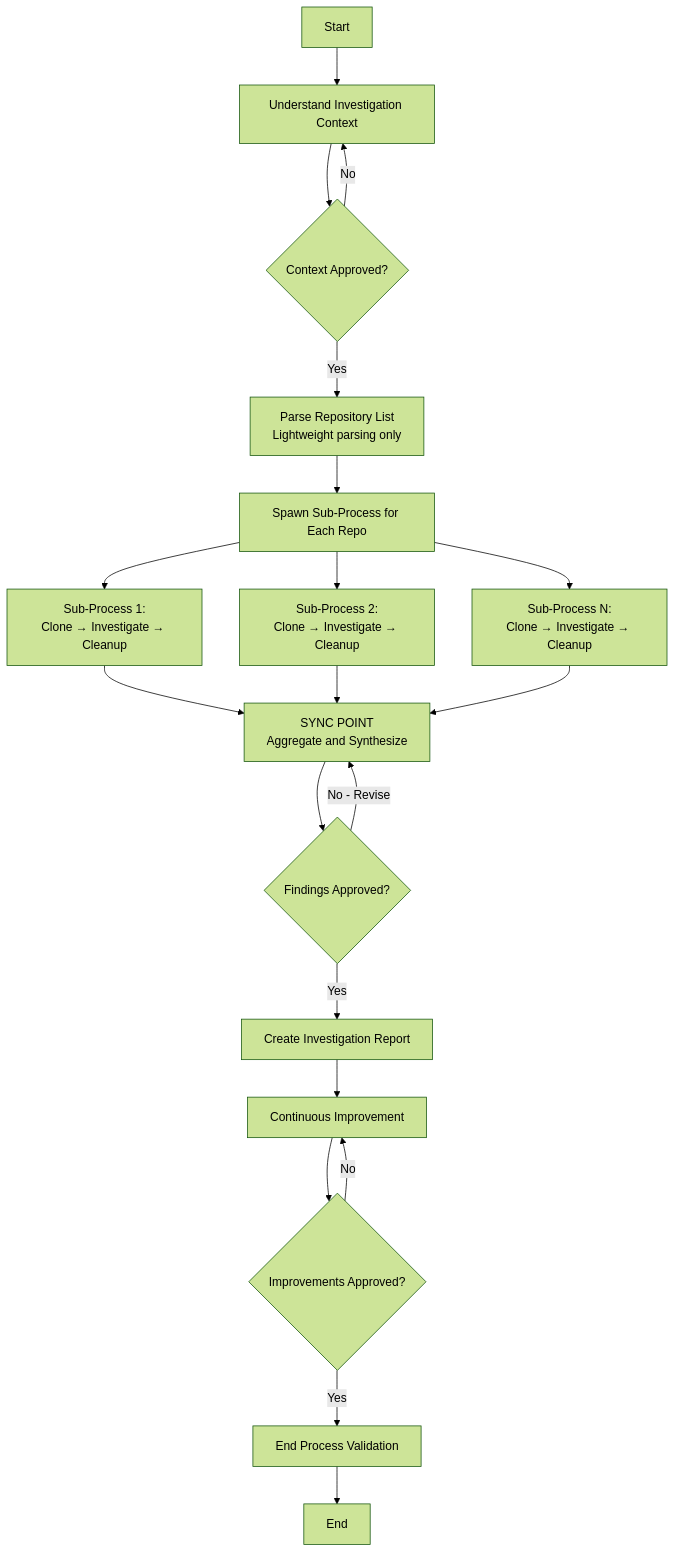
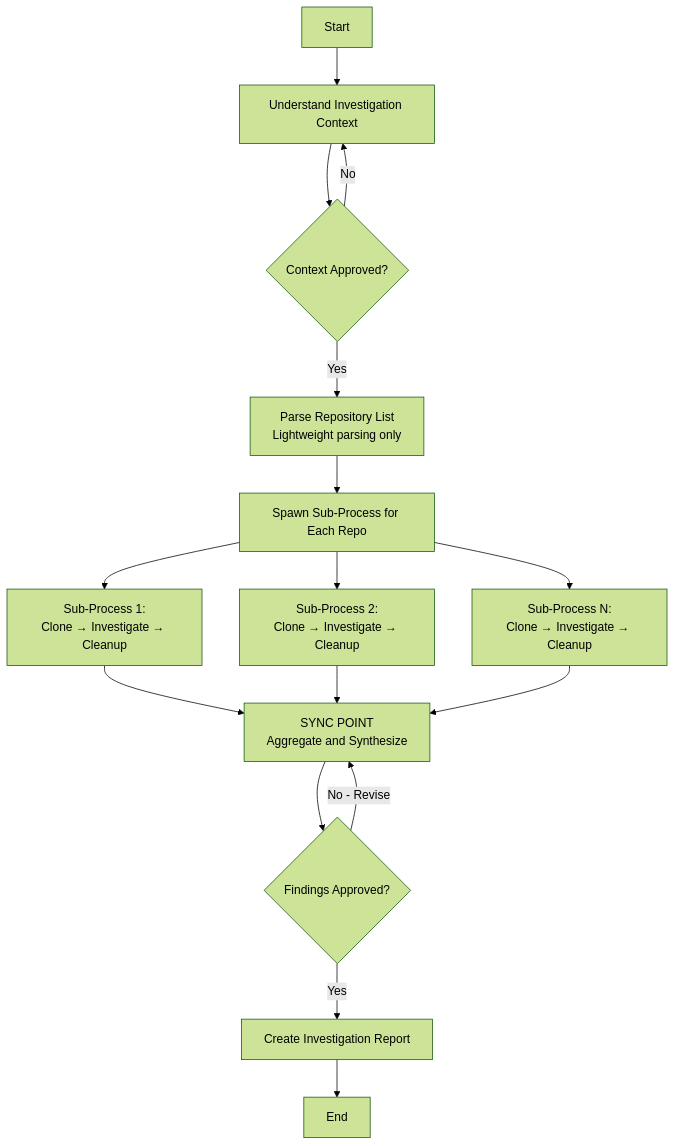
One commit to HMTools/agentic-processes-templates changed the diagram in templates/processes/investigation/multi-repo-codebase-investigation.md. Above: the diagram before and after it, drawn with Mermaid (forest theme). The commit also changed other lines of this file and 29 other files, not shown here.

First line of the commit message:
feat: Make continuous improvement and process validation framework-managed

````diff
--- a/templates/processes/investigation/multi-repo-codebase-investigation.md
+++ b/templates/processes/investigation/multi-repo-codebase-investigation.md
@@ -34,22 +34,18 @@
 ```mermaid
 graph TD
     A[Start] --> C[Understand Investigation Context]
     C --> D{Context Approved?}
     D -->|No| C
     D -->|Yes| E[Parse Repository List<br/>Lightweight parsing only]
     E --> F[Spawn Sub-Process for Each Repo]
     F --> G[Sub-Process 1:<br/>Clone → Investigate → Cleanup]
     F --> H[Sub-Process 2:<br/>Clone → Investigate → Cleanup]
     F --> I[Sub-Process N:<br/>Clone → Investigate → Cleanup]
     G --> J[SYNC POINT<br/>Aggregate and Synthesize]
     H --> J
     I --> J
     J --> K{Findings Approved?}
     K -->|No - Revise| J
     K -->|Yes| L[Create Investigation Report]
-    L --> M[Continuous Improvement]
-    M --> N{Improvements Approved?}
-    N -->|No| M
-    N -->|Yes| O[End Process Validation]
-    O --> P[End]
+    L --> P[End]
 ```
````
